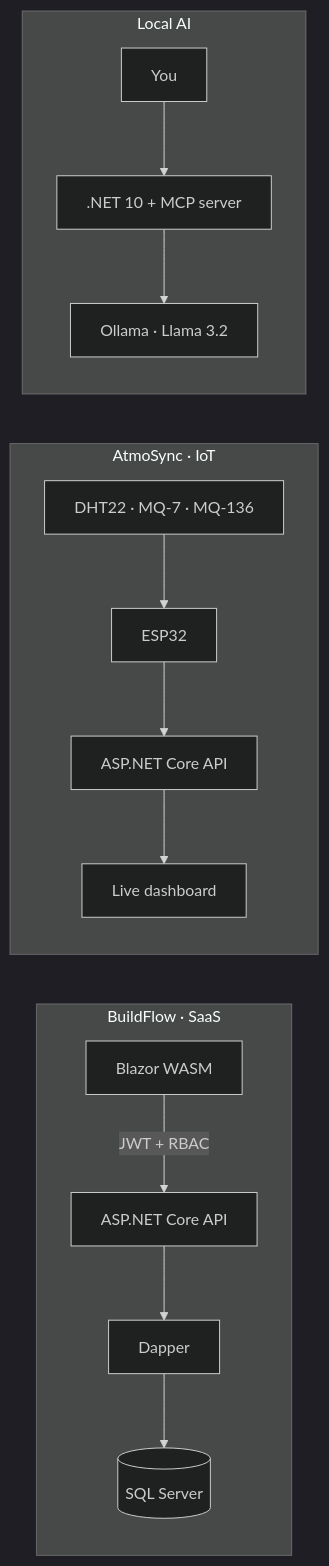
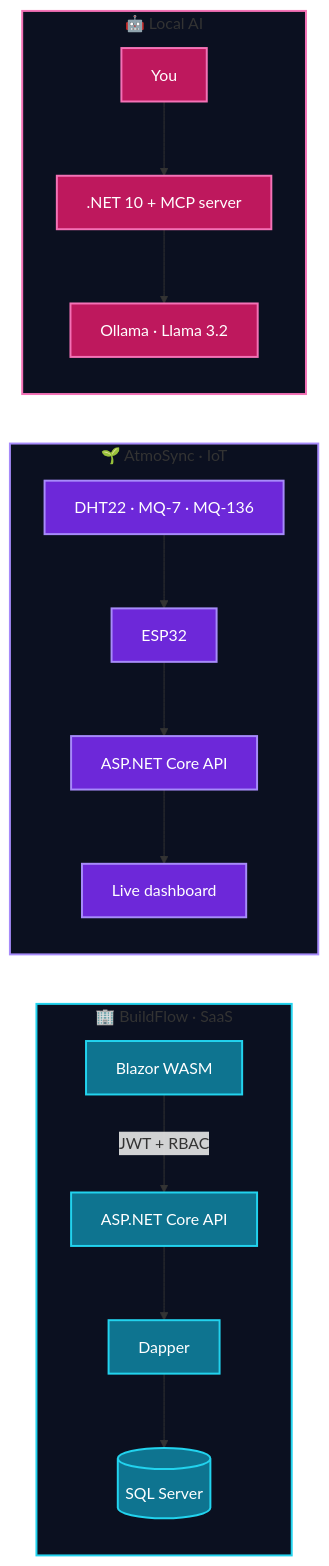
Before and after one commit to FahadHasan8386/FahadHasan8386: the third of 3 diagrams in README.md, drawn with Mermaid. The commit also changed other lines of this file, not shown here.

````diff
--- a/README.md
+++ b/README.md
@@ -110,13 +131,21 @@
 ```mermaid
-%%{init: {'theme':'dark'}}%%
 flowchart LR
-  subgraph BF["BuildFlow · SaaS"]
+  subgraph BF["🏢 BuildFlow · SaaS"]
     A["Blazor WASM"] -->|"JWT + RBAC"| B["ASP.NET Core API"] --> C["Dapper"] --> D[("SQL Server")]
   end
-  subgraph AS["AtmoSync · IoT"]
+  subgraph AS["🌱 AtmoSync · IoT"]
     S["DHT22 · MQ-7 · MQ-136"] --> E["ESP32"] --> F["ASP.NET Core API"] --> G["Live dashboard"]
   end
-  subgraph AI["Local AI"]
+  subgraph AI["🤖 Local AI"]
     U["You"] --> H[".NET 10 + MCP server"] --> I["Ollama · Llama 3.2"]
   end
+  classDef cyan fill:#0e7490,stroke:#22d3ee,color:#fff,stroke-width:2px
+  classDef violet fill:#6d28d9,stroke:#a78bfa,color:#fff,stroke-width:2px
+  classDef pink fill:#be185d,stroke:#f472b6,color:#fff,stroke-width:2px
+  class A,B,C,D cyan
+  class S,E,F,G violet
+  class U,H,I pink
+  style BF fill:#0b1020,stroke:#22d3ee,stroke-width:2px
+  style AS fill:#0b1020,stroke:#a78bfa,stroke-width:2px
+  style AI fill:#0b1020,stroke:#f472b6,stroke-width:2px
 ```
````
